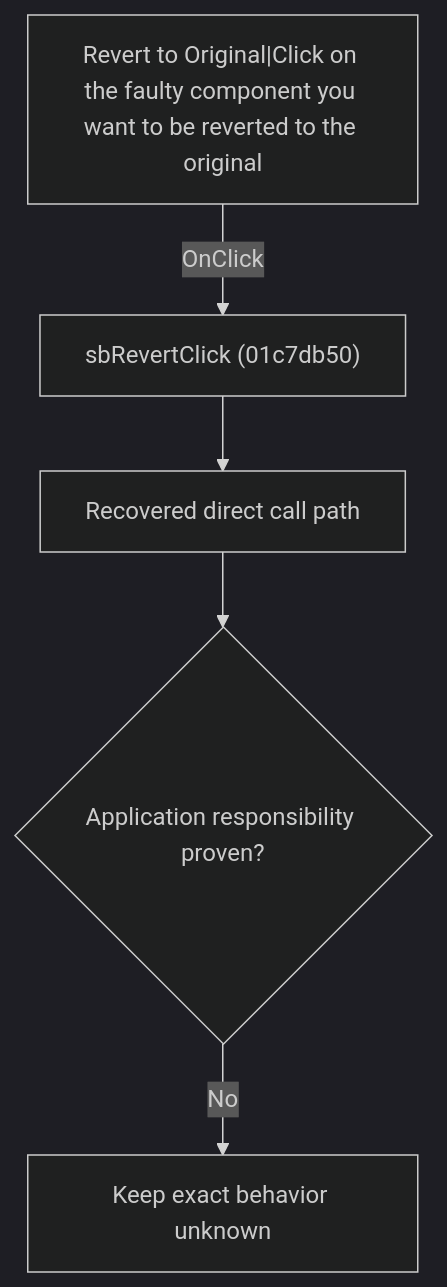
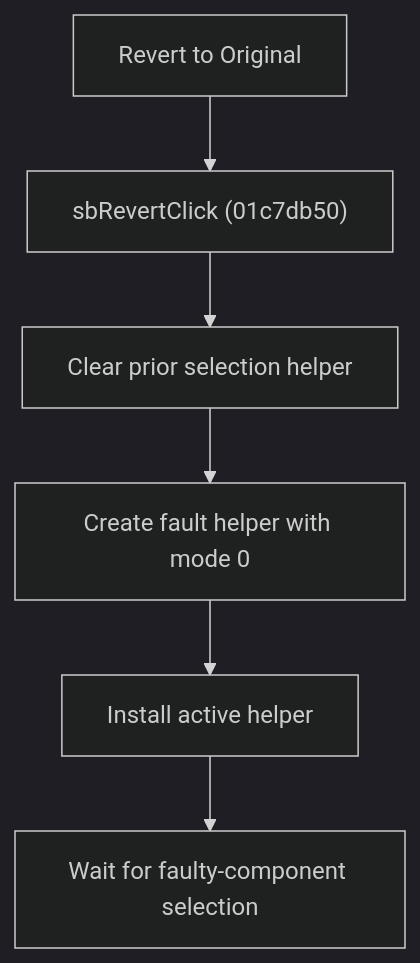
Before and after one commit to MovGP0/TIARA: the diagram in docs/ui-controls/schematiceditor/sbrevert-36320d64d7.md, drawn with Mermaid (dark theme). The commit also changed other lines of this file and 241 other files, not shown here.

````diff
--- a/docs/ui-controls/schematiceditor/sbrevert-36320d64d7.md
+++ b/docs/ui-controls/schematiceditor/sbrevert-36320d64d7.md
@@ -27,7 +20,8 @@
 ```mermaid
 flowchart TD
-    control["Revert to Original|Click on the faulty component you want to be reverted to the original"] -->|"OnClick"| handler["sbRevertClick (01c7db50)"]
-    handler --> recovered["Recovered direct call path"]
-    recovered --> gap{"Application responsibility proven?"}
-    gap -->|"No"| blocked["Keep exact behavior unknown"]
+    control["Revert to Original"] --> handler["sbRevertClick (01c7db50)"]
+    handler --> clear["Clear prior selection helper"]
+    clear --> create["Create fault helper with mode 0"]
+    create --> install["Install active helper"]
+    install --> wait["Wait for faulty-component selection"]
 ```
````
